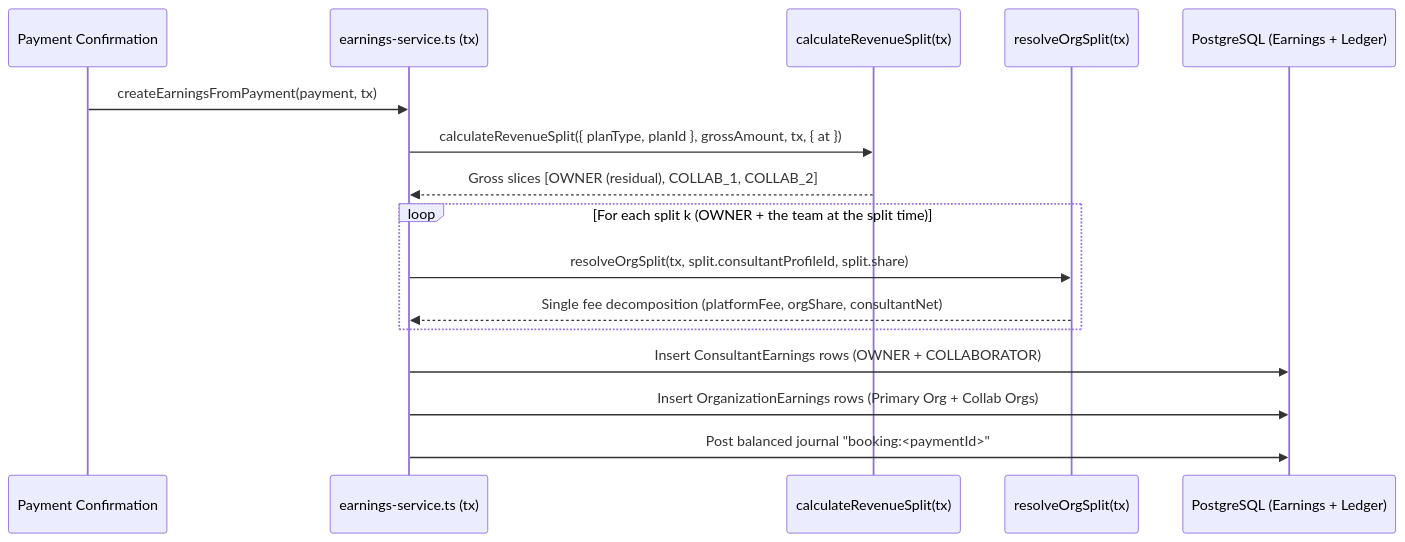
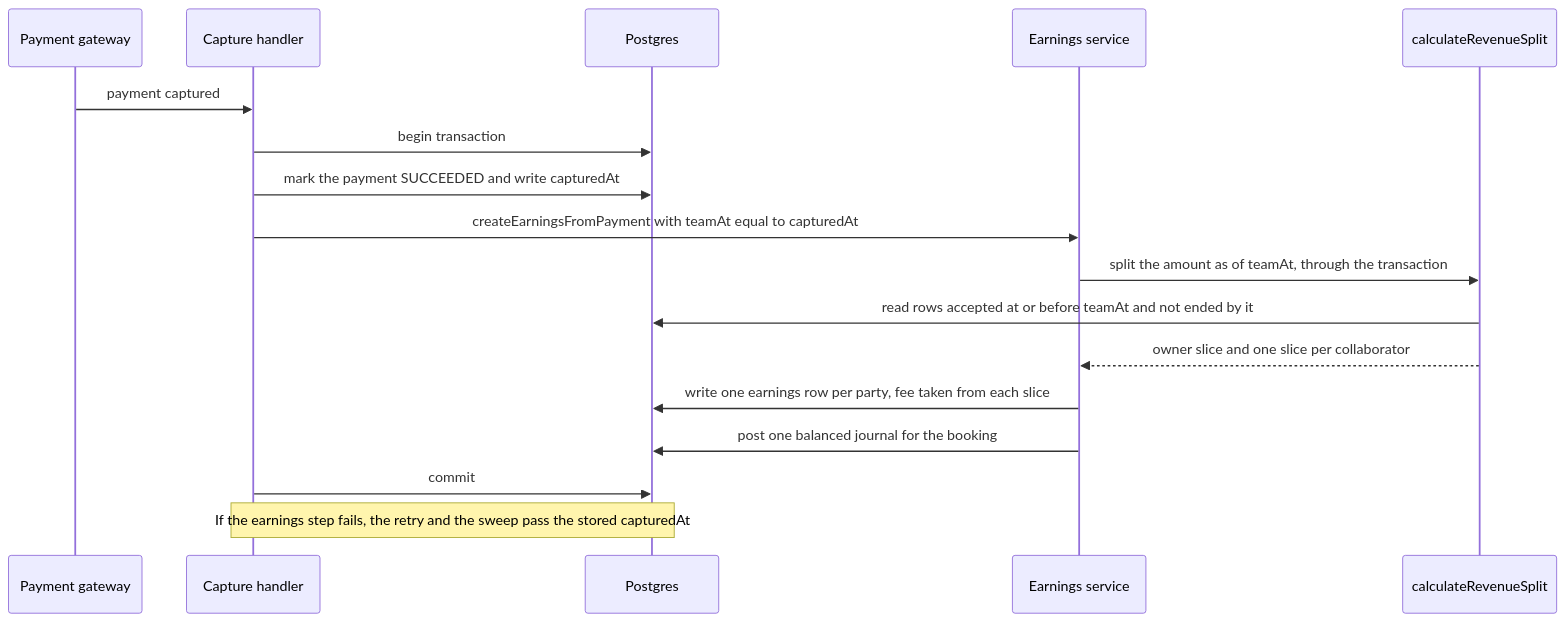
Before and after one commit to Practitionist/familiarise_web: the diagram in docs/collaborators/03-revenue-sharing.md, drawn with Mermaid. The commit also changed other lines of this file, not shown here.

Commit message:
docs(collaborators): the revenue page states the split as of capture with rupee examples the tests pin

````diff
--- a/docs/collaborators/03-revenue-sharing.md
+++ b/docs/collaborators/03-revenue-sharing.md
@@ -25,19 +43,20 @@
 ```mermaid
 sequenceDiagram
-    participant WH as Payment Confirmation
-    participant ES as earnings-service.ts (tx)
-    participant CS as calculateRevenueSplit(tx)
-    participant RC as resolveOrgSplit(tx)
-    participant DB as PostgreSQL (Earnings + Ledger)
+    participant GW as Payment gateway
+    participant H as Capture handler
+    participant DB as Postgres
+    participant ES as Earnings service
+    participant RS as calculateRevenueSplit
 
-    WH->>ES: createEarningsFromPayment(payment, tx)
-    ES->>CS: calculateRevenueSplit({ planType, planId }, grossAmount, tx, { at })
-    CS-->>ES: Gross slices [OWNER (residual), COLLAB_1, COLLAB_2]
-    loop For each split k (OWNER + the team at the split time)
-        ES->>RC: resolveOrgSplit(tx, split.consultantProfileId, split.share)
-        RC-->>ES: Single fee decomposition (platformFee, orgShare, consultantNet)
-    end
-    ES->>DB: Insert ConsultantEarnings rows (OWNER + COLLABORATOR)
-    ES->>DB: Insert OrganizationEarnings rows (Primary Org + Collab Orgs)
-    ES->>DB: Post balanced journal "booking:<paymentId>"
+    GW->>H: payment captured
+    H->>DB: begin transaction
+    H->>DB: mark the payment SUCCEEDED and write capturedAt
+    H->>ES: createEarningsFromPayment with teamAt equal to capturedAt
+    ES->>RS: split the amount as of teamAt, through the transaction
+    RS->>DB: read rows accepted at or before teamAt and not ended by it
+    RS-->>ES: owner slice and one slice per collaborator
+    ES->>DB: write one earnings row per party, fee taken from each slice
+    ES->>DB: post one balanced journal for the booking
+    H->>DB: commit
+    Note over H,DB: If the earnings step fails, the retry and the sweep pass the stored capturedAt
 ```
````
